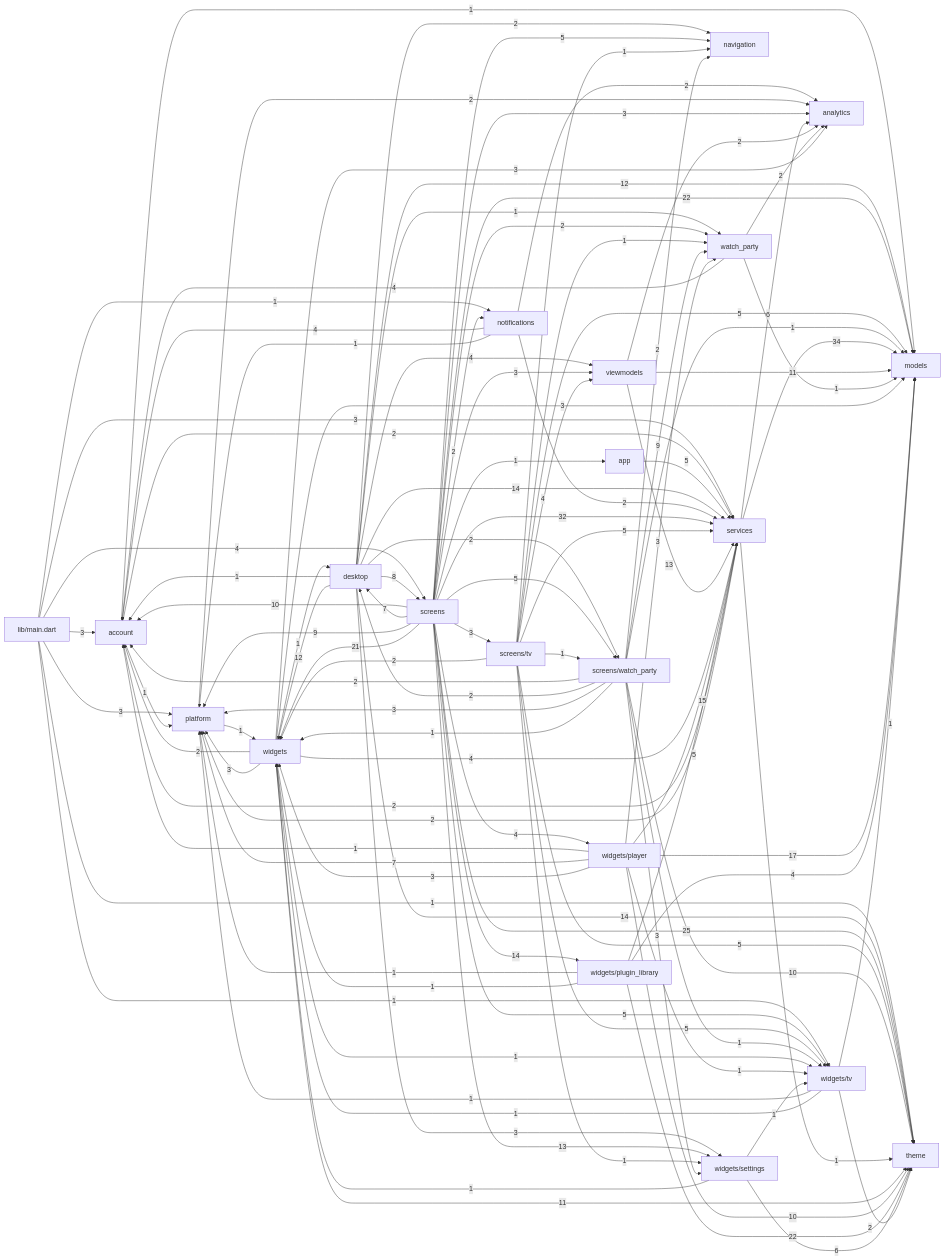
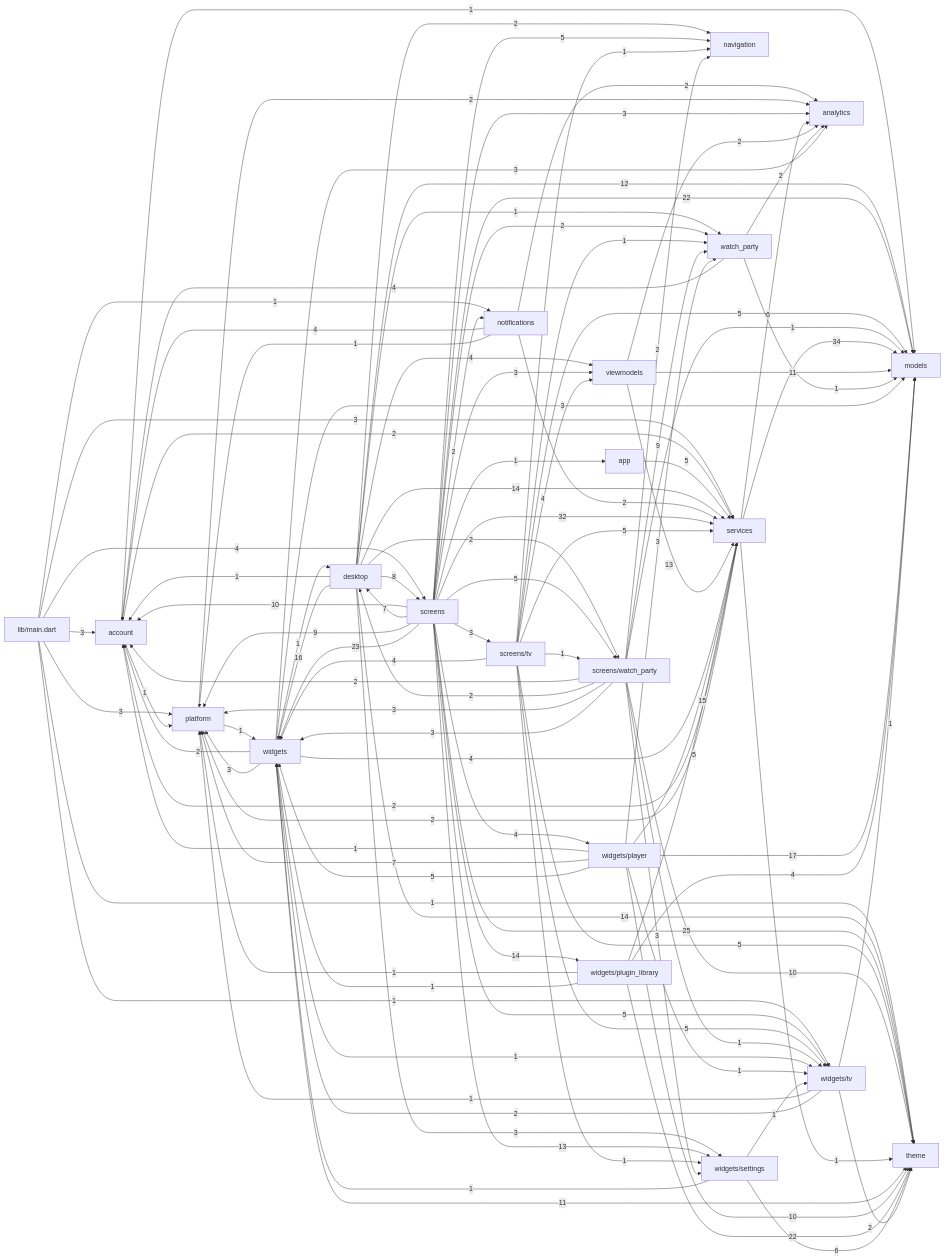
One commit to frnzeeey/reelish changed the diagram in docs/codebase/dependency-map.md. Above: the diagram before and after it, drawn with Mermaid. The commit also changed other lines of this file and 28 other files, not shown here.

````diff
--- a/docs/codebase/dependency-map.md
+++ b/docs/codebase/dependency-map.md
@@ -30,7 +30,7 @@
   desktop["desktop"] -->|14| theme["theme"]
   desktop["desktop"] -->|4| viewmodels["viewmodels"]
   desktop["desktop"] -->|1| watch_party["watch_party"]
-  desktop["desktop"] -->|12| widgets["widgets"]
+  desktop["desktop"] -->|16| widgets["widgets"]
   desktop["desktop"] -->|3| widgets_settings["widgets/settings"]
   notifications["notifications"] -->|4| account["account"]
   notifications["notifications"] -->|2| analytics["analytics"]
@@ -52,7 +52,7 @@
   screens["screens"] -->|25| theme["theme"]
   screens["screens"] -->|3| viewmodels["viewmodels"]
   screens["screens"] -->|2| watch_party["watch_party"]
-  screens["screens"] -->|21| widgets["widgets"]
+  screens["screens"] -->|23| widgets["widgets"]
   screens["screens"] -->|4| widgets_player["widgets/player"]
   screens["screens"] -->|14| widgets_plugin_library["widgets/plugin_library"]
   screens["screens"] -->|13| widgets_settings["widgets/settings"]
@@ -64,7 +64,7 @@
   screens_tv["screens/tv"] -->|5| theme["theme"]
   screens_tv["screens/tv"] -->|4| viewmodels["viewmodels"]
   screens_tv["screens/tv"] -->|1| watch_party["watch_party"]
-  screens_tv["screens/tv"] -->|2| widgets["widgets"]
+  screens_tv["screens/tv"] -->|4| widgets["widgets"]
   screens_tv["screens/tv"] -->|1| widgets_settings["widgets/settings"]
   screens_tv["screens/tv"] -->|5| widgets_tv["widgets/tv"]
   screens_watch_party["screens/watch_party"] -->|2| account["account"]
@@ -74,7 +74,7 @@
   screens_watch_party["screens/watch_party"] -->|3| platform["platform"]
   screens_watch_party["screens/watch_party"] -->|10| theme["theme"]
   screens_watch_party["screens/watch_party"] -->|9| watch_party["watch_party"]
-  screens_watch_party["screens/watch_party"] -->|1| widgets["widgets"]
+  screens_watch_party["screens/watch_party"] -->|3| widgets["widgets"]
   screens_watch_party["screens/watch_party"] -->|3| widgets_settings["widgets/settings"]
   screens_watch_party["screens/watch_party"] -->|1| widgets_tv["widgets/tv"]
   services["services"] -->|2| account["account"]
@@ -102,7 +102,7 @@
   widgets_player["widgets/player"] -->|15| services["services"]
   widgets_player["widgets/player"] -->|10| theme["theme"]
   widgets_player["widgets/player"] -->|3| watch_party["watch_party"]
-  widgets_player["widgets/player"] -->|3| widgets["widgets"]
+  widgets_player["widgets/player"] -->|5| widgets["widgets"]
   widgets_player["widgets/player"] -->|1| widgets_tv["widgets/tv"]
   widgets_plugin_library["widgets/plugin_library"] -->|4| models["models"]
   widgets_plugin_library["widgets/plugin_library"] -->|1| platform["platform"]
@@ -115,5 +115,5 @@
   widgets_tv["widgets/tv"] -->|1| models["models"]
   widgets_tv["widgets/tv"] -->|1| platform["platform"]
   widgets_tv["widgets/tv"] -->|2| theme["theme"]
-  widgets_tv["widgets/tv"] -->|1| widgets["widgets"]
+  widgets_tv["widgets/tv"] -->|2| widgets["widgets"]
 ```
````
